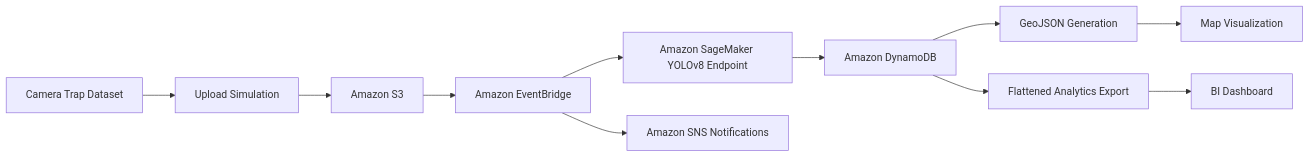
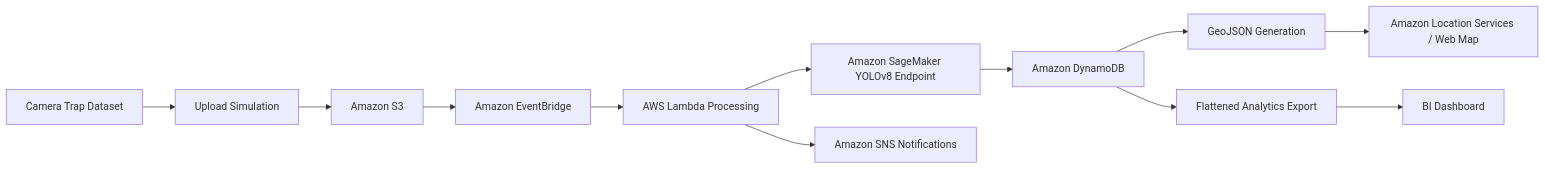
The diagram in README.md (ateeqrrehman/wildsight-edgecloud-geospatial-ai), drawn with Mermaid before and after one commit. The commit also changed other lines of this file, not shown here.

Commit message:
Clarify AWS services architecture and roadmap

````diff
--- a/README.md
+++ b/README.md
@@ -11,13 +11,14 @@
 ```mermaid
 flowchart LR
     A[Camera Trap Dataset] --> B[Upload Simulation]
     B --> C[Amazon S3]
     C --> D[Amazon EventBridge]
-    D --> E[Amazon SageMaker YOLOv8 Endpoint]
+    D --> L[AWS Lambda Processing]
+    L --> E[Amazon SageMaker YOLOv8 Endpoint]
     E --> F[Amazon DynamoDB]
     F --> G[GeoJSON Generation]
     F --> H[Flattened Analytics Export]
-    G --> I[Map Visualization]
+    G --> I[Amazon Location Services / Web Map]
     H --> J[BI Dashboard]
-    D --> K[Amazon SNS Notifications]
+    L --> K[Amazon SNS Notifications]
 ```
````
